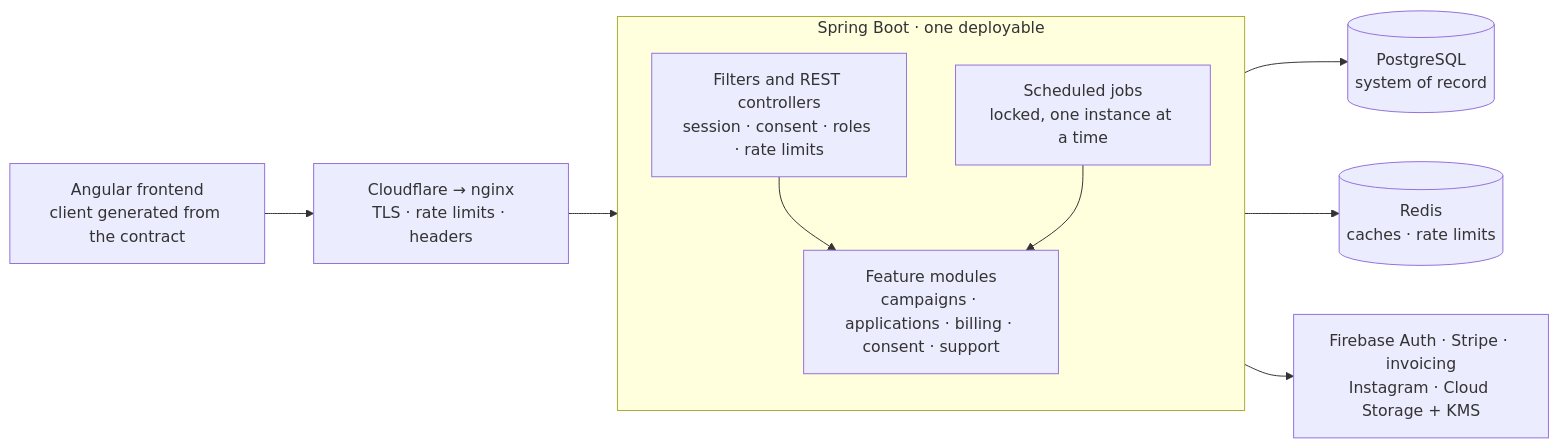
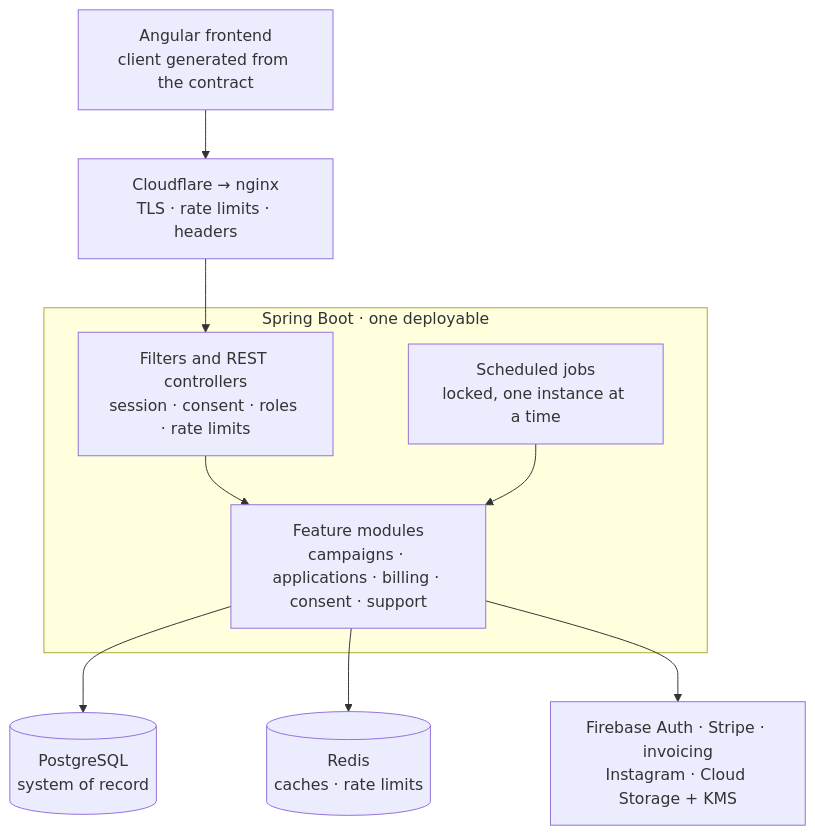
The diagram in README.md (Check-It-Out-Dev/checkitout-backend), drawn with Mermaid before and after one commit. The commit also changed 7 other files, not shown here.

First line of the commit message:
Diagrams are drawn top-down, so their labels are readable at GitHub's column width

````diff
--- a/README.md
+++ b/README.md
@@ -57,19 +57,18 @@
 ```mermaid
-flowchart LR
+flowchart TB
     FE["Angular frontend<br/>client generated from the contract"]
     EDGE["Cloudflare → nginx<br/>TLS · rate limits · headers"]
     FE --> EDGE --> API
 
     subgraph APP["Spring Boot · one deployable"]
-        direction TB
         API["Filters and REST controllers<br/>session · consent · roles · rate limits"]
+        JOB["Scheduled jobs<br/>locked, one instance at a time"]
         SVC["Feature modules<br/>campaigns · applications · billing · consent · support"]
-        JOB["Scheduled jobs<br/>locked, one instance at a time"]
         API --> SVC
         JOB --> SVC
     end
 
     SVC --> PG[("PostgreSQL<br/>system of record")]
     SVC --> RD[("Redis<br/>caches · rate limits")]
     SVC --> EXT["Firebase Auth · Stripe · invoicing<br/>Instagram · Cloud Storage + KMS"]
 ```
````
